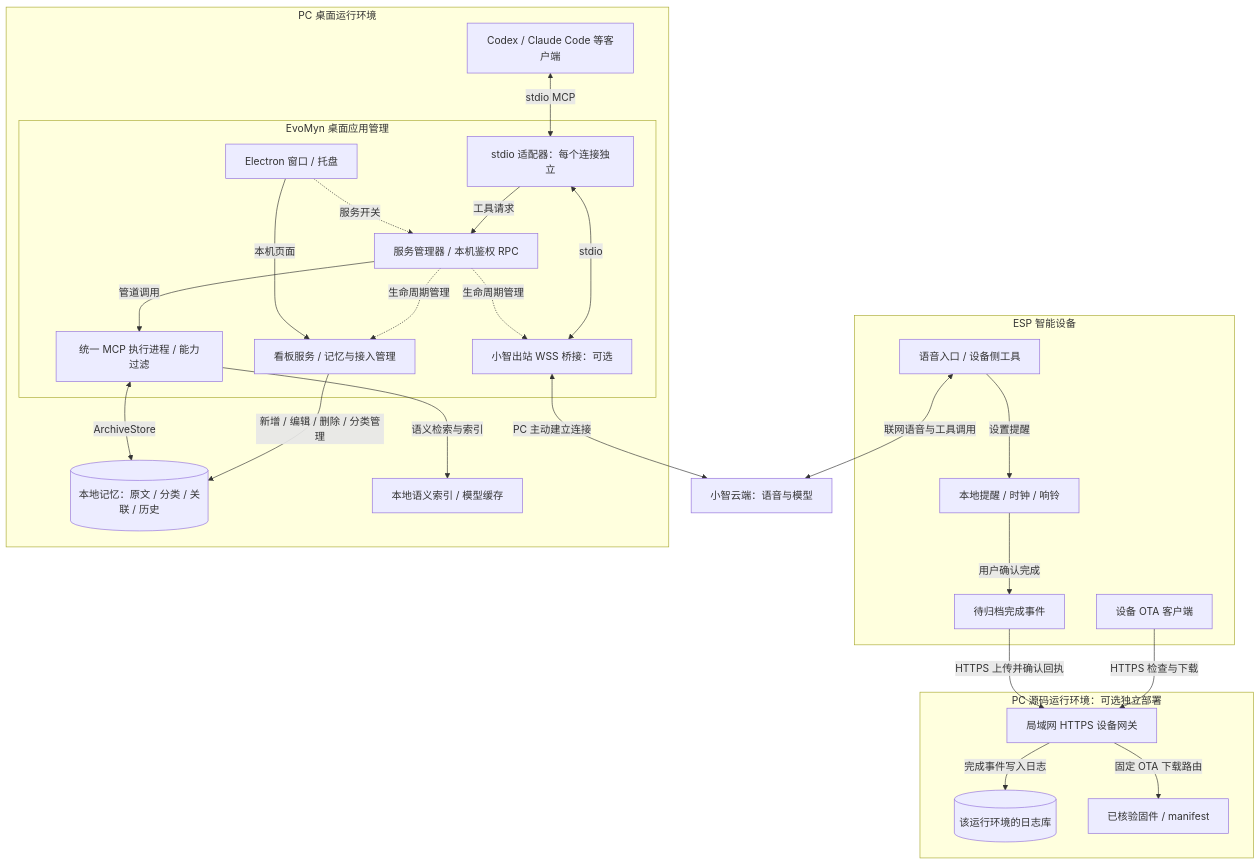
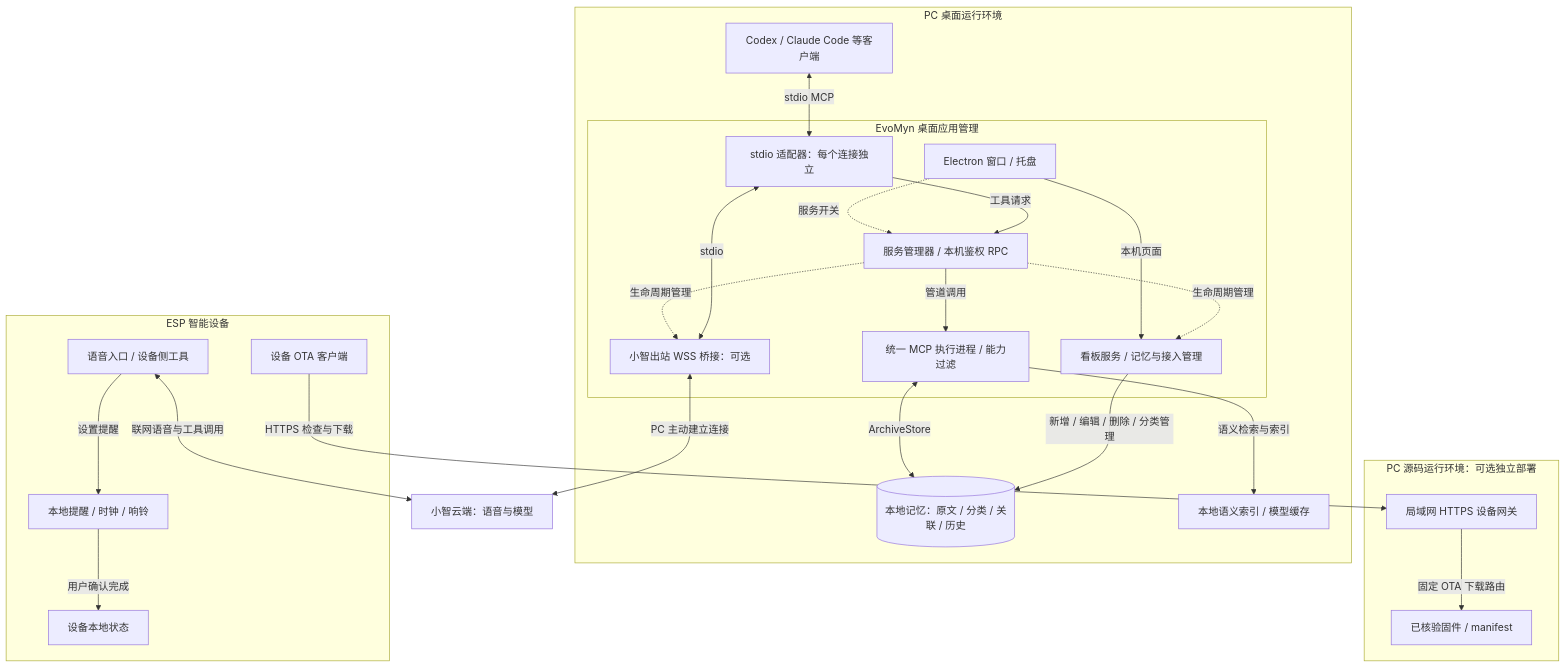
The first of 2 diagrams in docs/architecture.md (ArkFishingLab/EvoMyn), drawn with Mermaid before and after one commit. The commit also changed other lines of this file and 40 other files, not shown here.

````diff
--- a/docs/architecture.md
+++ b/docs/architecture.md
@@ -7,47 +7,43 @@
 ```mermaid
 flowchart TB
     Cloud["小智云端：语音与模型"]
     subgraph ESP["ESP 智能设备"]
         Voice["语音入口 / 设备侧工具"]
         Planner["本地提醒 / 时钟 / 响铃"]
-        Outbox["待归档完成事件"]
         OTA["设备 OTA 客户端"]
         Voice -->|设置提醒| Planner
-        Planner -->|用户确认完成| Outbox
+        Planner -->|用户确认完成| LocalState["设备本地状态"]
     end
     subgraph PC["PC 桌面运行环境"]
         Clients["Codex / Claude Code 等客户端"]
         subgraph App["EvoMyn 桌面应用管理"]
             UI["Electron 窗口 / 托盘"]
             Supervisor["服务管理器 / 本机鉴权 RPC"]
             Adapter["stdio 适配器：每个连接独立"]
             Bridge["小智出站 WSS 桥接：可选"]
             Worker["统一 MCP 执行进程 / 能力过滤"]
             Dashboard["看板服务 / 记忆与接入管理"]
             UI -.->|服务开关| Supervisor
             UI -->|本机页面| Dashboard
             Adapter -->|工具请求| Supervisor
             Supervisor -->|管道调用| Worker
             Supervisor -.->|生命周期管理| Dashboard
             Supervisor -.->|生命周期管理| Bridge
             Bridge <-->|stdio| Adapter
         end
         Store[("本地记忆：原文 / 分类 / 关联 / 历史")]
         Index["本地语义索引 / 模型缓存"]
         Clients <-->|stdio MCP| Adapter
         Worker <-->|ArchiveStore| Store
         Worker -->|语义检索与索引| Index
         Dashboard -->|新增 / 编辑 / 删除 / 分类管理| Store
     end
     subgraph Source["PC 源码运行环境：可选独立部署"]
         Gateway["局域网 HTTPS 设备网关"]
-        SourceStore[("该运行环境的日志库")]
         Firmware["已核验固件 / manifest"]
-        Gateway -->|完成事件写入日志| SourceStore
         Gateway -->|固定 OTA 下载路由| Firmware
     end
     Voice <-->|联网语音与工具调用| Cloud
     Bridge <-->|PC 主动建立连接| Cloud
-    Outbox -->|HTTPS 上传并确认回执| Gateway
     OTA -->|HTTPS 检查与下载| Gateway
 ```
````
